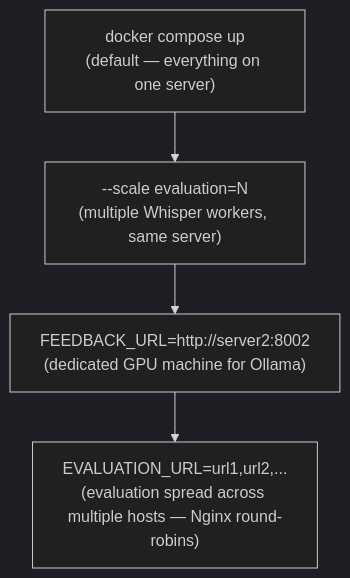
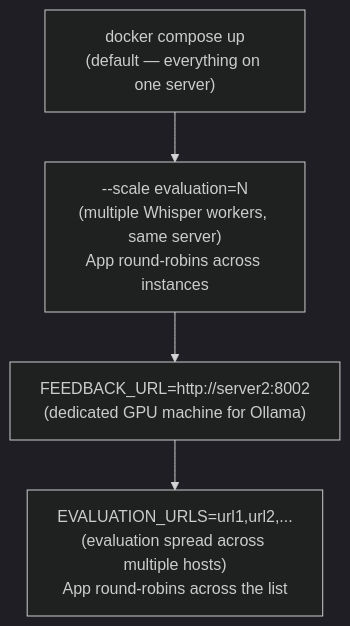
One commit to Team-Education-Futures-Lab/Agression_Trainer changed the third of 3 diagrams in docs/architecture.md. Above: the diagram before and after it, drawn with Mermaid (dark theme). The commit also changed other lines of this file and 25 other files, not shown here.

````diff
--- a/docs/architecture.md
+++ b/docs/architecture.md
@@ -172,9 +167,9 @@
 ```mermaid
 flowchart TD
     A["docker compose up\n(default — everything on one server)"]
-    B["--scale evaluation=N\n(multiple Whisper workers, same server)"]
+    B["--scale evaluation=N\n(multiple Whisper workers, same server)\nApp round-robins across instances"]
     C["FEEDBACK_URL=http://server2:8002\n(dedicated GPU machine for Ollama)"]
-    D["EVALUATION_URL=url1,url2,...\n(evaluation spread across multiple hosts — Nginx round-robins)"]
+    D["EVALUATION_URLS=url1,url2,...\n(evaluation spread across multiple hosts)\nApp round-robins across the list"]
 
     A --> B --> C --> D
 ```
````
